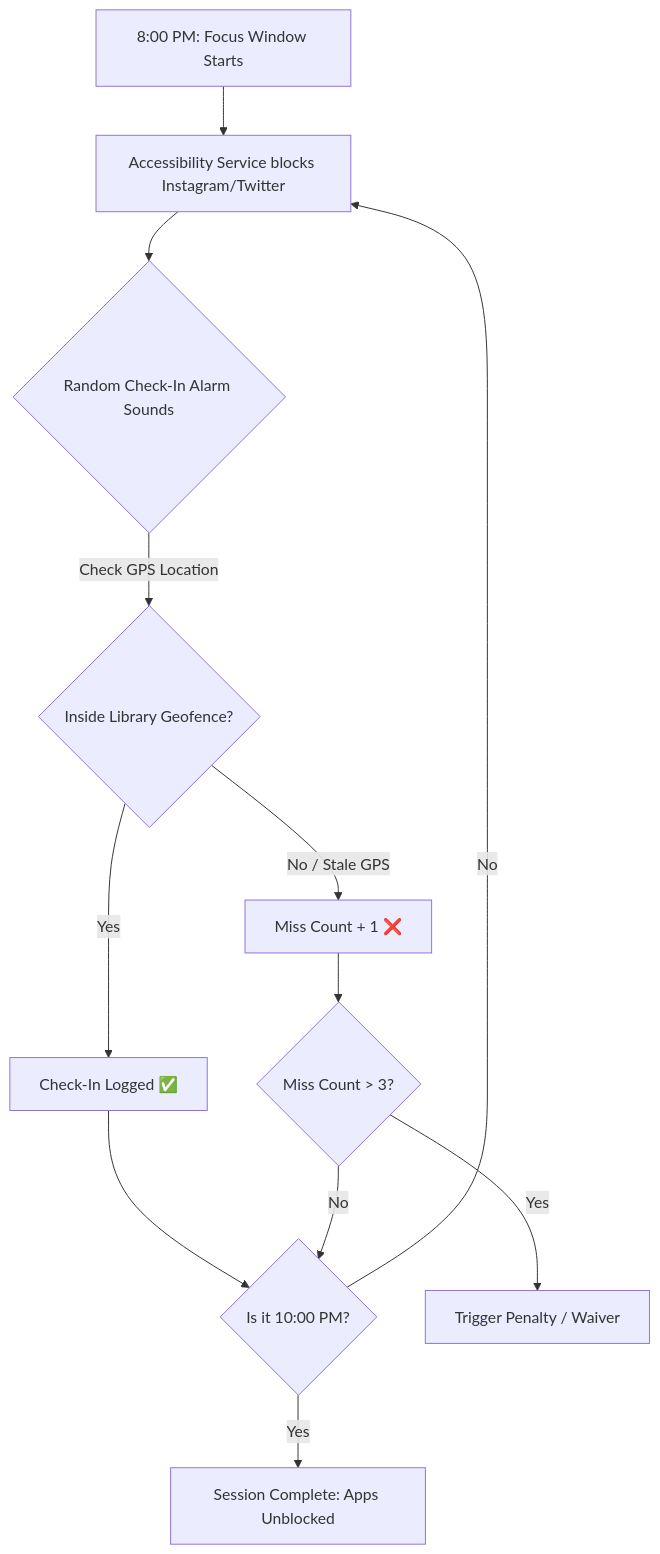
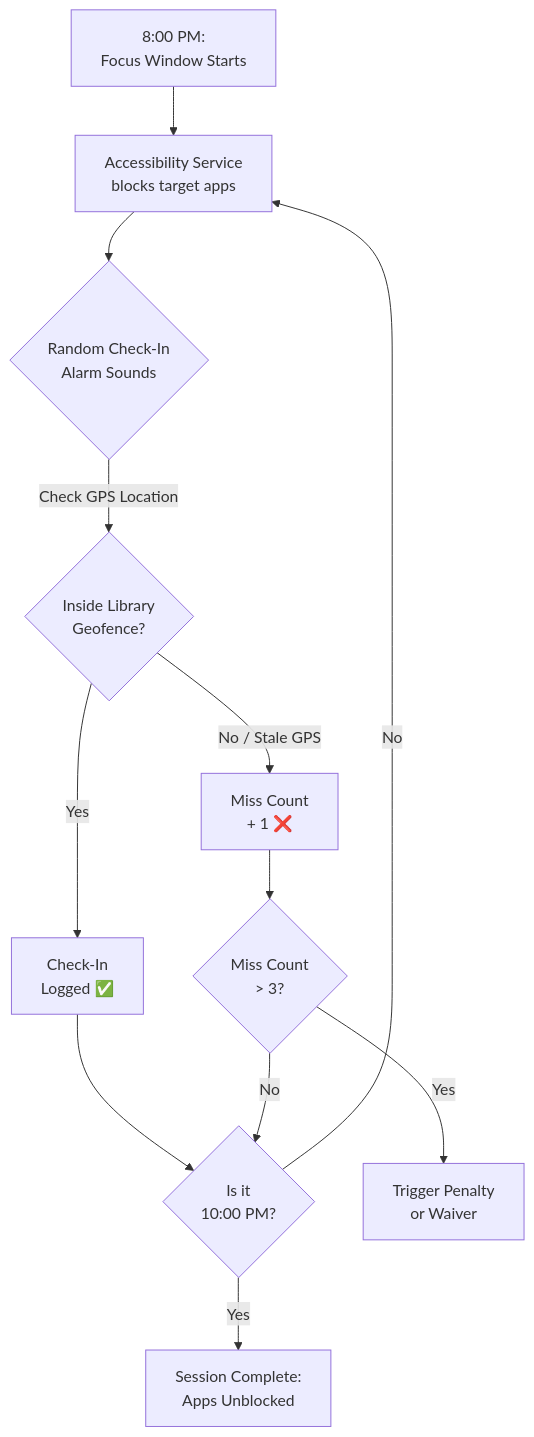
One commit to Maajith9127/mintlify-docs changed the second of 3 diagrams in index.mdx. Above: the diagram before and after it, drawn with Mermaid. The commit also changed other lines of this file, not shown here.

````diff
--- a/index.mdx
+++ b/index.mdx
@@ -56,14 +56,14 @@
 ```mermaid
 flowchart TD
-    Start[8:00 PM: Focus Window Starts] --> AppBlocking[Accessibility Service blocks Instagram/Twitter]
-    AppBlocking --> RandomAlarm{Random Check-In Alarm Sounds}
-    RandomAlarm -->|Check GPS Location| LocationCheck{Inside Library Geofence?}
-    LocationCheck -->|Yes| RecordSuccess[Check-In Logged ✅]
-    LocationCheck -->|No / Stale GPS| RecordMiss[Miss Count + 1 ❌]
-    RecordSuccess --> SessionEndCheck{Is it 10:00 PM?}
-    RecordMiss --> MissLimit{Miss Count > 3?}
-    MissLimit -->|Yes| Penalty[Trigger Penalty / Waiver]
+    Start[8:00 PM:<br/>Focus Window Starts] --> AppBlocking[Accessibility Service<br/>blocks target apps]
+    AppBlocking --> RandomAlarm{Random Check-In<br/>Alarm Sounds}
+    RandomAlarm -->|Check GPS Location| LocationCheck{Inside Library<br/>Geofence?}
+    LocationCheck -->|Yes| RecordSuccess[Check-In<br/>Logged ✅]
+    LocationCheck -->|No / Stale GPS| RecordMiss[Miss Count<br/>+ 1 ❌]
+    RecordSuccess --> SessionEndCheck{Is it<br/>10:00 PM?}
+    RecordMiss --> MissLimit{Miss Count<br/>> 3?}
+    MissLimit -->|Yes| Penalty[Trigger Penalty<br/>or Waiver]
     MissLimit -->|No| SessionEndCheck
     SessionEndCheck -->|No| AppBlocking
-    SessionEndCheck -->|Yes| End[Session Complete: Apps Unblocked]
+    SessionEndCheck -->|Yes| End[Session Complete:<br/>Apps Unblocked]
 ```
````
